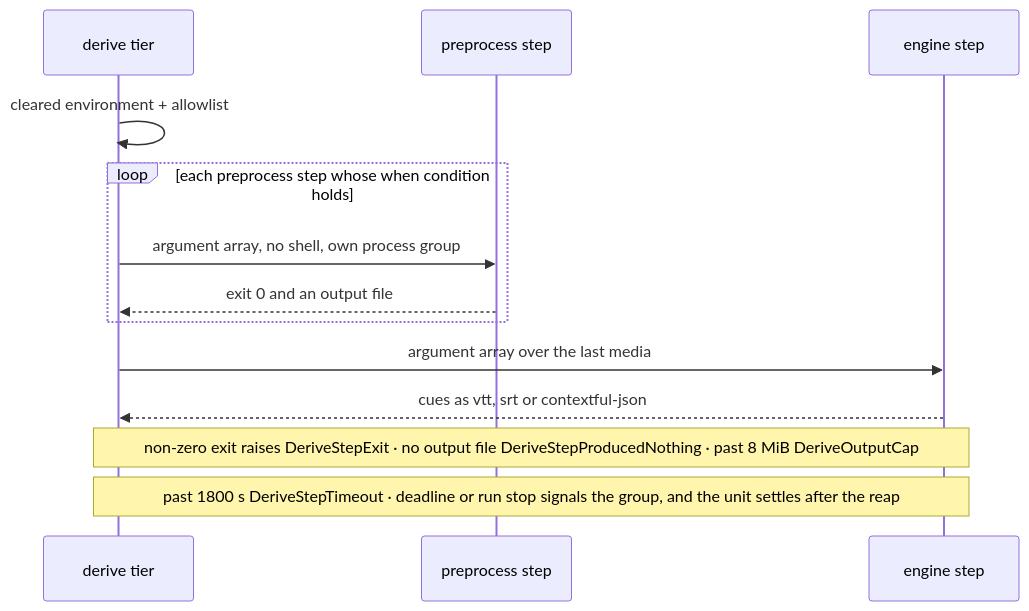
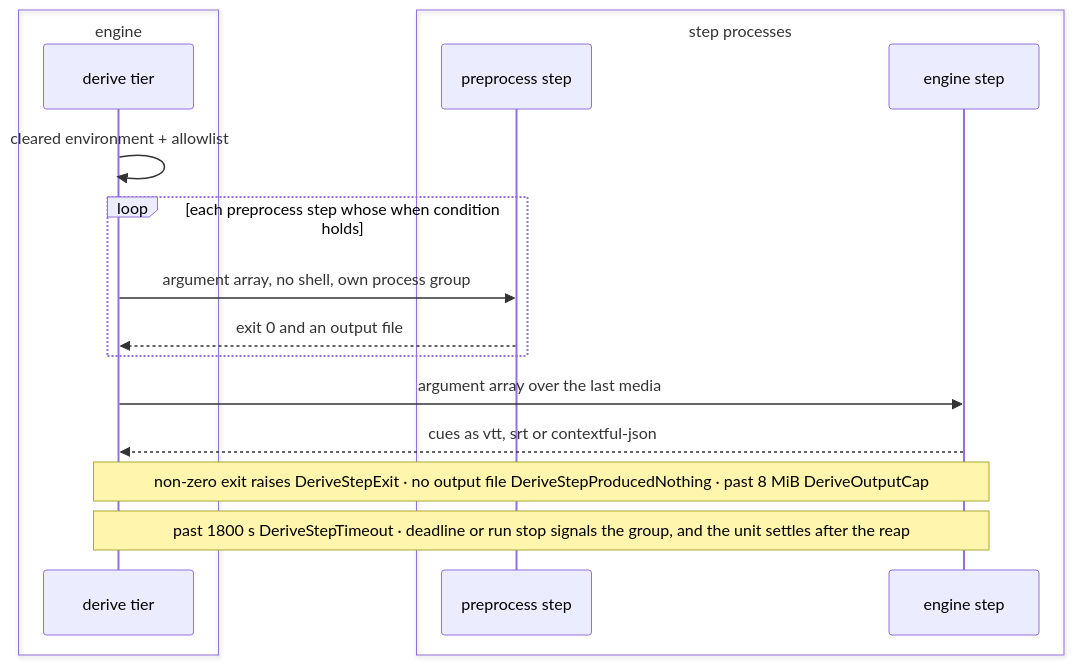
One commit to fractalboxdev/contextful changed the second of 4 diagrams in spec/32-derive.md. Above: the diagram before and after it, drawn with Mermaid. The commit also changed other lines of this file and 33 other files, not shown here.

Commit message:
spec: diagrams draw contracts, parties and trust zones as containers; a node standing for one is refused

````diff
--- a/spec/32-derive.md
+++ b/spec/32-derive.md
@@ -120,15 +141,19 @@
 ```mermaid
 sequenceDiagram
-  participant T as derive tier
-  participant P as preprocess step
-  participant E as engine step
+  box engine
+    participant T as derive tier
+  end
+  box step processes
+    participant P as preprocess step
+    participant E as engine step
+  end
   T->>T: cleared environment + allowlist
   loop each preprocess step whose when condition holds
     T->>P: argument array, no shell, own process group
     P-->>T: exit 0 and an output file
   end
   T->>E: argument array over the last media
   E-->>T: cues as vtt, srt or contextful-json
   Note over T,E: non-zero exit raises DeriveStepExit · no output file DeriveStepProducedNothing · past 8 MiB DeriveOutputCap
   Note over T,E: past 1800 s DeriveStepTimeout · deadline or run stop signals the group, and the unit settles after the reap
 ```
````
